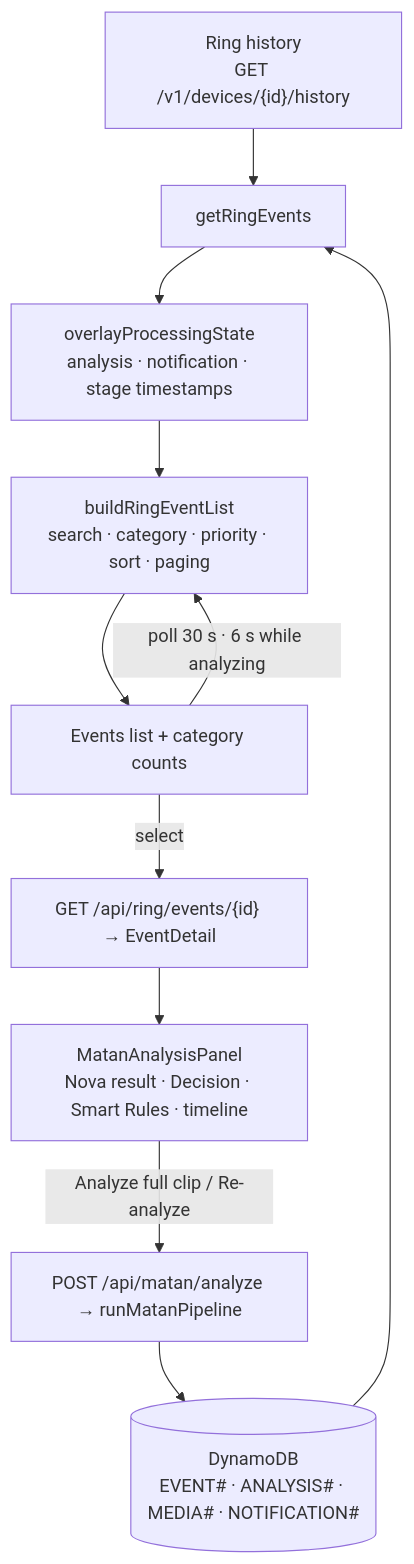
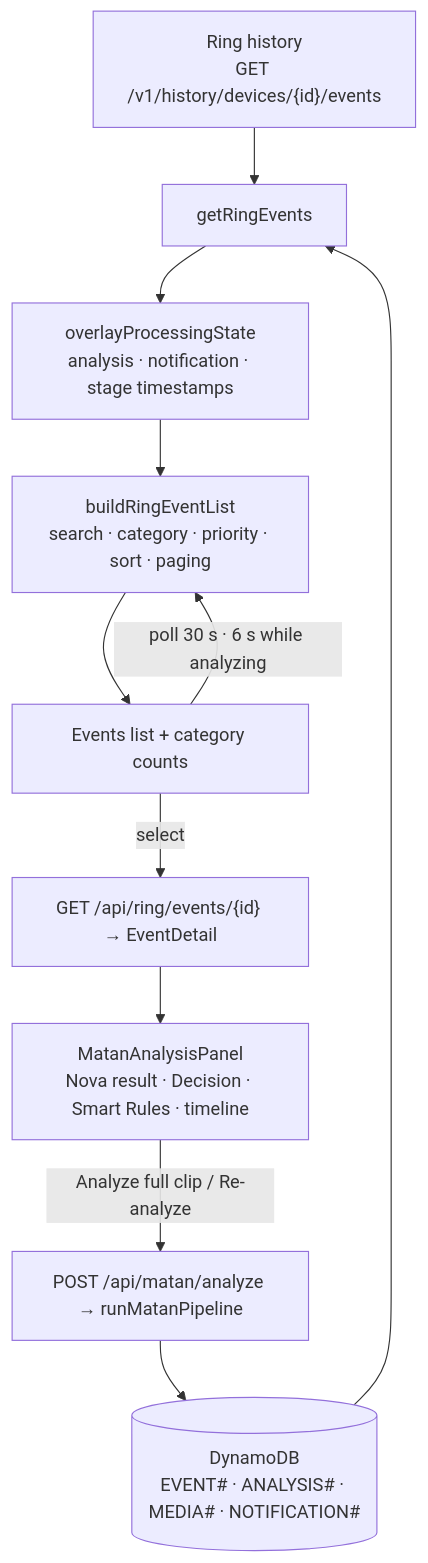
The diagram in docs/pages/events.md (ajitonelsonn/matan-ai), drawn with Mermaid before and after one commit. The commit also changed 4 other files, not shown here.

````diff
--- a/docs/pages/events.md
+++ b/docs/pages/events.md
@@ -11,13 +11,13 @@
 ```mermaid
 flowchart TD
-  A["Ring history<br/>GET /v1/devices/{id}/history"] --> C[getRingEvents]
+  A["Ring history<br/>GET /v1/history/devices/{id}/events"] --> C[getRingEvents]
   B[(DynamoDB<br/>EVENT# · ANALYSIS# · MEDIA# · NOTIFICATION#)] --> C
   C --> D[overlayProcessingState<br/>analysis · notification · stage timestamps]
   D --> E[buildRingEventList<br/>search · category · priority · sort · paging]
   E --> F[Events list + category counts]
   F -->|select| G["GET /api/ring/events/{id} → EventDetail"]
   G --> H[MatanAnalysisPanel<br/>Nova result · Decision · Smart Rules · timeline]
   H -->|Analyze full clip / Re-analyze| I[POST /api/matan/analyze → runMatanPipeline]
   I --> B
   F -->|poll 30 s · 6 s while analyzing| E
 ```
````
